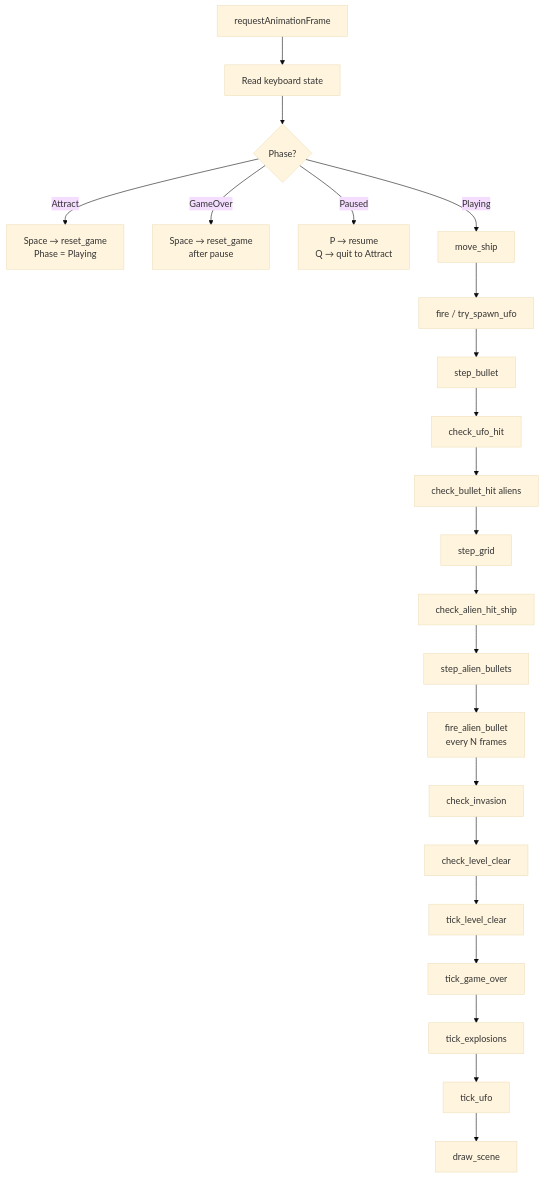
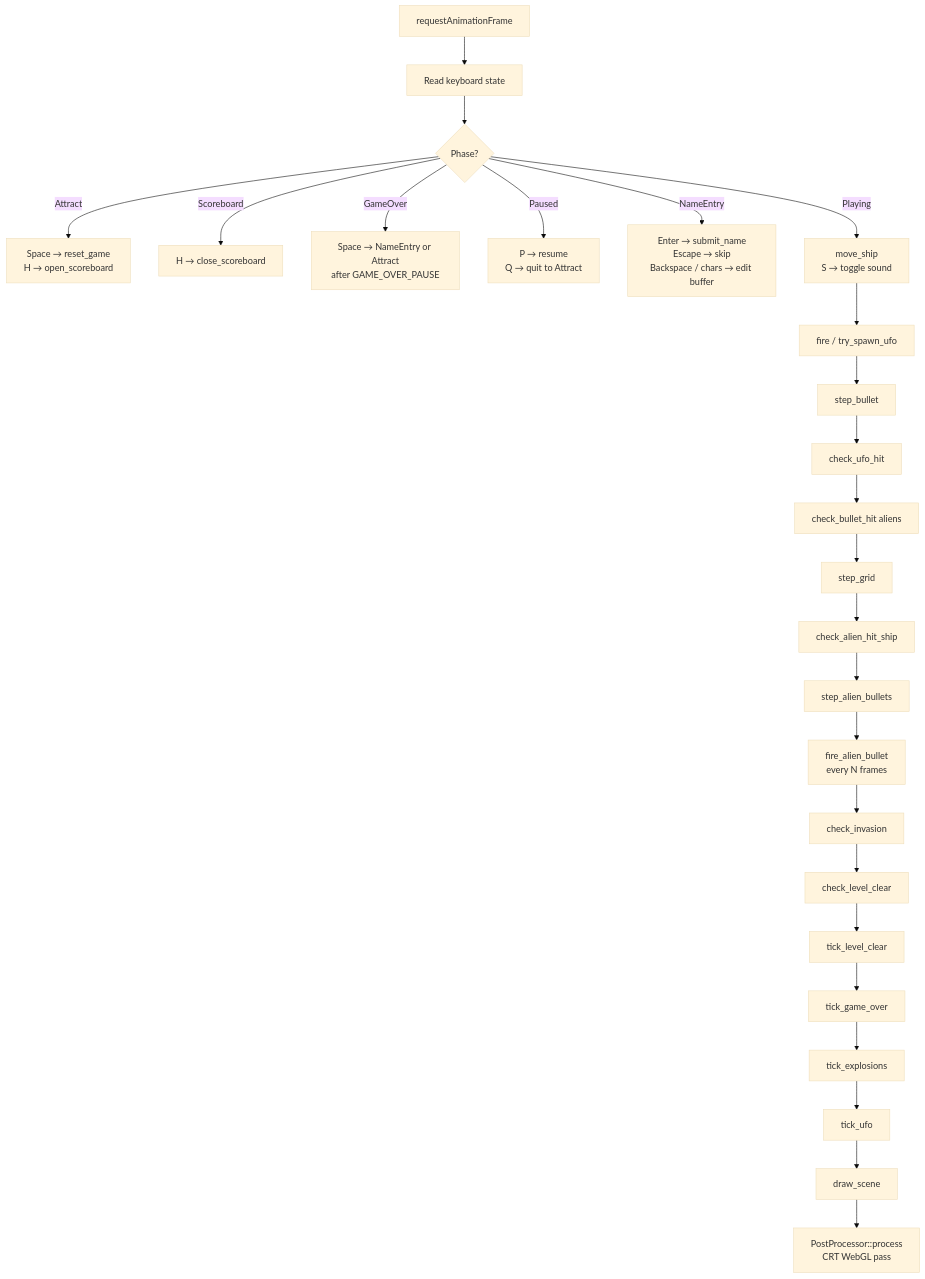
Before and after one commit to clodwyr/clodwyr.github.io: the second of 4 diagrams in diagrams.md, drawn with Mermaid (base theme). The commit also changed other lines of this file and 4 other files, not shown here.

First line of the commit message:
docs: update README, diagrams, AGENTS checklist; fix level 8 speed_scale

````diff
--- a/diagrams.md
+++ b/diagrams.md
@@ -26,27 +33,30 @@
 ```mermaid
 flowchart TD
     A[requestAnimationFrame] --> B[Read keyboard state]
     B --> C{Phase?}
 
-    C -->|Attract| D[Space → reset_game\nPhase = Playing]
-    C -->|GameOver| E[Space → reset_game\nafter pause]
+    C -->|Attract| D[Space → reset_game\nH → open_scoreboard]
+    C -->|Scoreboard| SC[H → close_scoreboard]
+    C -->|GameOver| E[Space → NameEntry or Attract\nafter GAME_OVER_PAUSE]
     C -->|Paused| F[P → resume\nQ → quit to Attract]
+    C -->|NameEntry| NE[Enter → submit_name\nEscape → skip\nBackspace / chars → edit buffer]
 
-    C -->|Playing| G[move_ship]
+    C -->|Playing| G[move_ship\nS → toggle sound]
     G --> H[fire / try_spawn_ufo]
     H --> I[step_bullet]
     I --> J[check_ufo_hit]
     J --> K[check_bullet_hit aliens]
     K --> L[step_grid]
     L --> M[check_alien_hit_ship]
     M --> N[step_alien_bullets]
     N --> O[fire_alien_bullet\nevery N frames]
     O --> P[check_invasion]
     P --> Q[check_level_clear]
 
     Q --> R[tick_level_clear]
     R --> S[tick_game_over]
     S --> T[tick_explosions]
     T --> U[tick_ufo]
     U --> V[draw_scene]
+    V --> W[PostProcessor::process\nCRT WebGL pass]
 ```
````
